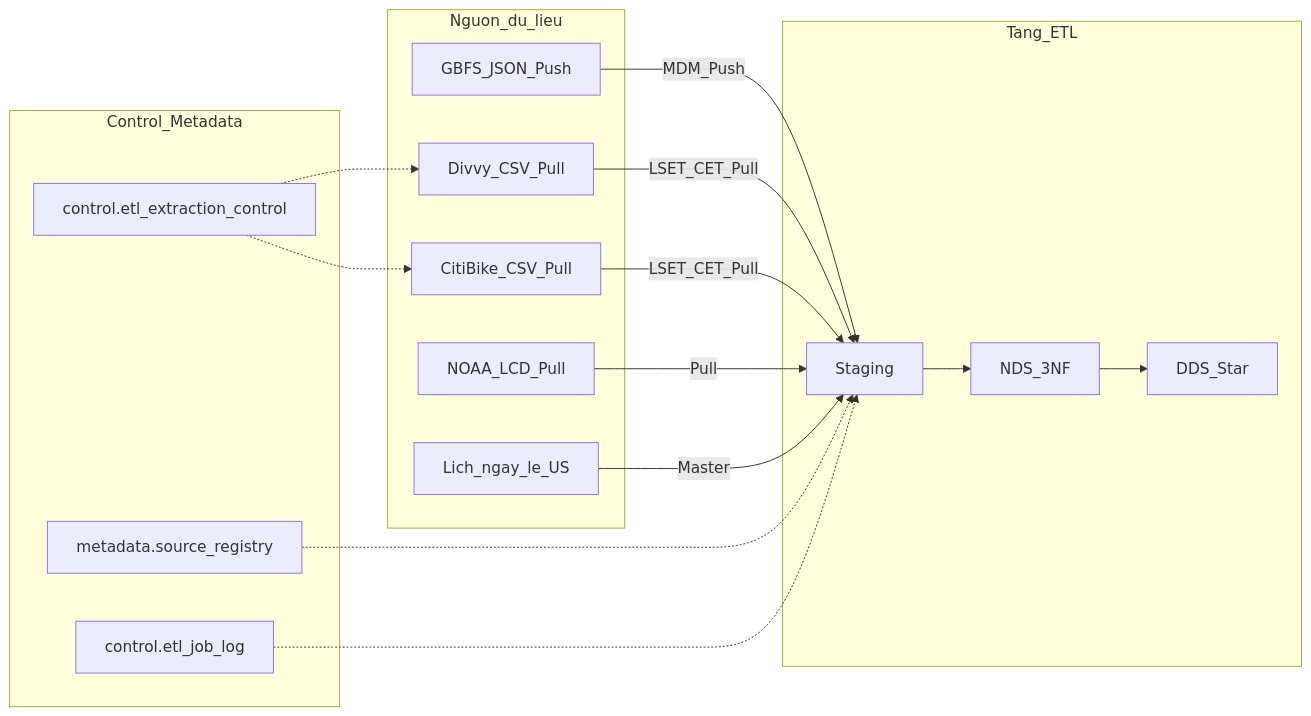
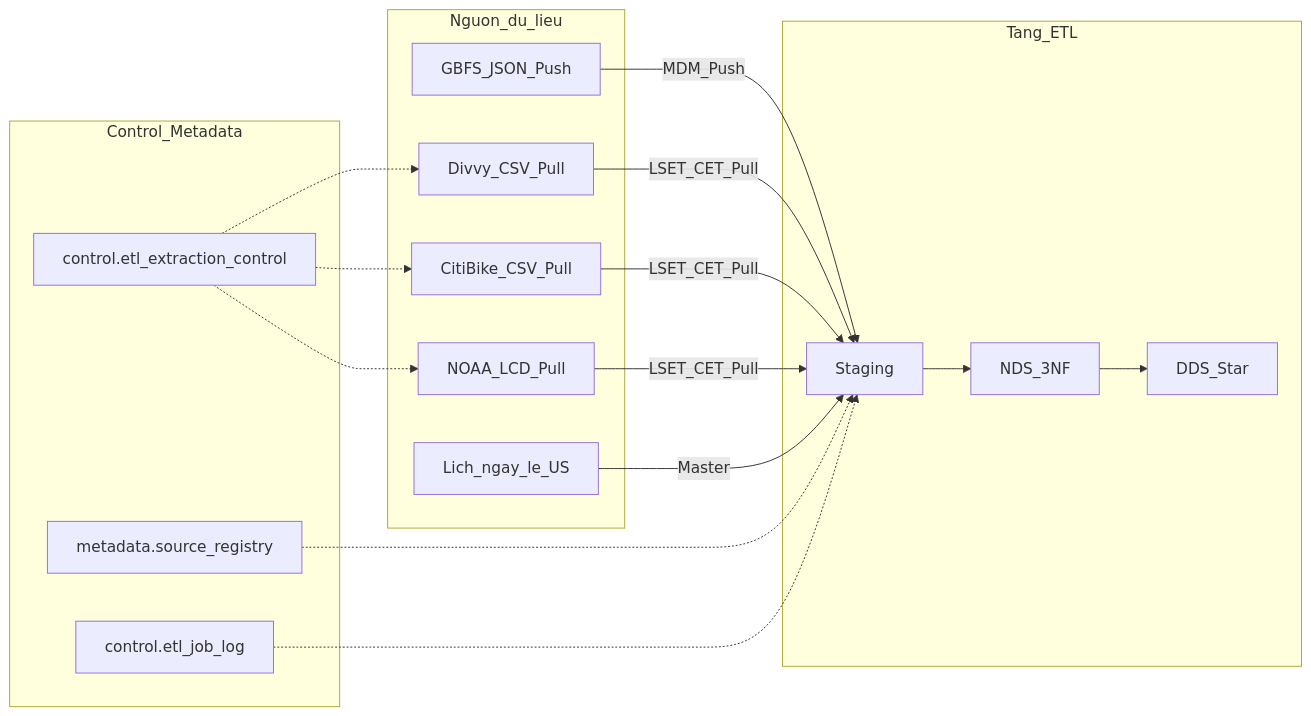
One commit to 1653072/hcmus-master-is-bi changed the first of 2 diagrams in 0_topic_exploration/official_topic.md. Above: the diagram before and after it, drawn with Mermaid. The commit also changed other lines of this file, not shown here.

````diff
--- a/0_topic_exploration/official_topic.md
+++ b/0_topic_exploration/official_topic.md
@@ -82,30 +82,31 @@
 ```mermaid
 flowchart LR
   subgraph sources [Nguon_du_lieu]
     GBFS[GBFS_JSON_Push]
     Divvy[Divvy_CSV_Pull]
     Citi[CitiBike_CSV_Pull]
     NOAA[NOAA_LCD_Pull]
     Holiday[Lich_ngay_le_US]
   end
   subgraph control_layer [Control_Metadata]
     SRC[metadata.source_registry]
     LSET[control.etl_extraction_control]
     LOG[control.etl_job_log]
   end
   subgraph etl [Tang_ETL]
     STG[Staging]
     NDS[NDS_3NF]
     DDS[DDS_Star]
   end
   GBFS -->|MDM_Push| STG
   Divvy -->|LSET_CET_Pull| STG
   Citi -->|LSET_CET_Pull| STG
-  NOAA -->|Pull| STG
+  NOAA -->|LSET_CET_Pull| STG
   Holiday -->|Master| STG
   LSET -.-> Divvy
   LSET -.-> Citi
+  LSET -.-> NOAA
   SRC -.-> STG
   STG --> NDS --> DDS
   LOG -.-> STG
 ```
````
